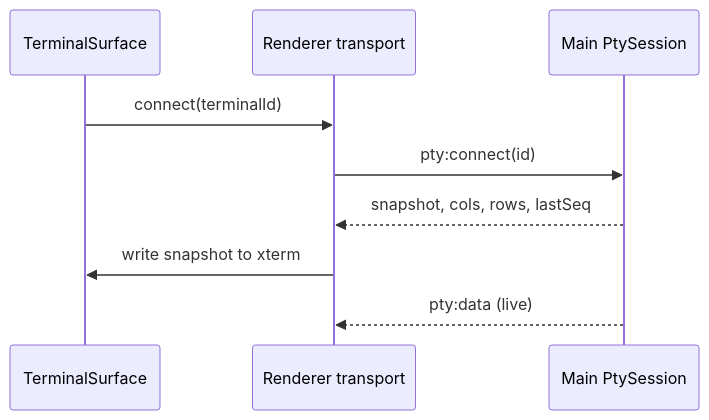
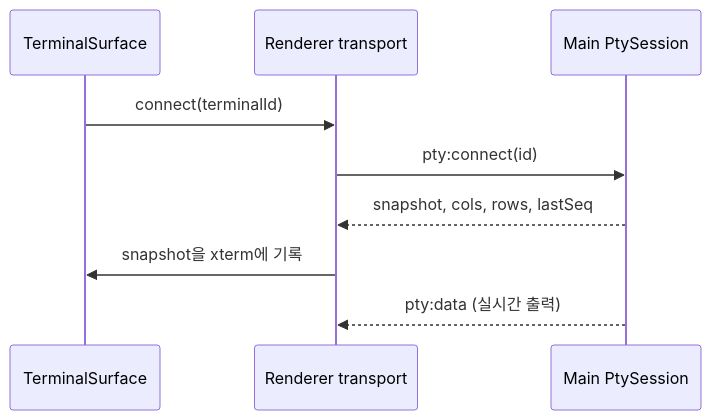
The diagram in docs/architecture/02-process-and-ipc.md (lkh0310kr/workspace), drawn with Mermaid before and after one commit. The commit also changed other lines of this file and 12 other files, not shown here.

````diff
--- a/docs/architecture/02-process-and-ipc.md
+++ b/docs/architecture/02-process-and-ipc.md
@@ -59,11 +59,11 @@
 ```mermaid
 sequenceDiagram
   participant T as TerminalSurface
   participant R as Renderer transport
   participant M as Main PtySession
   T->>R: connect(terminalId)
   R->>M: pty:connect(id)
   M-->>R: snapshot, cols, rows, lastSeq
-  R->>T: write snapshot to xterm
-  M-->>R: pty:data (live)
+  R->>T: snapshot을 xterm에 기록
+  M-->>R: pty:data (실시간 출력)
 ```
````
